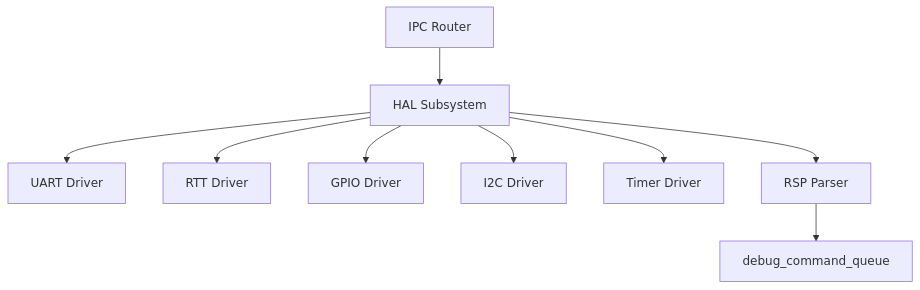
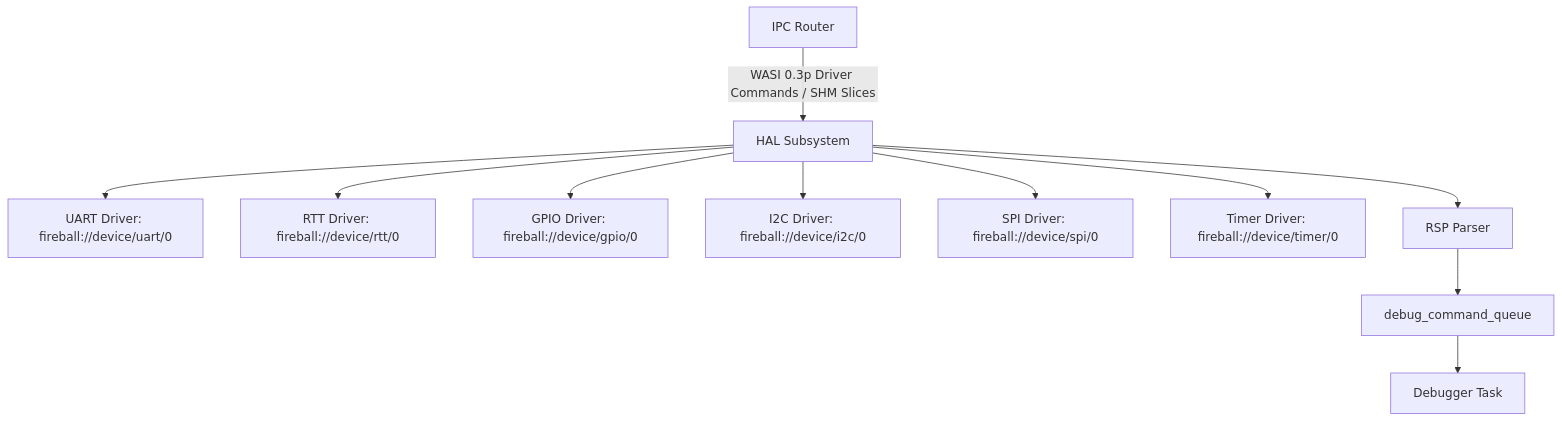
Before and after one commit to kmt-t/fireball: the first of 3 diagrams in docs/components/tier3_platform/platform_hal.md, drawn with Mermaid. The commit also changed other lines of this file and 80 other files, not shown here.

````diff
--- a/docs/components/tier3_platform/platform_hal.md
+++ b/docs/components/tier3_platform/platform_hal.md
@@ -23,11 +24,13 @@
 ```mermaid
 graph TD
-    IPCR[IPC Router] --> HAL[HAL Subsystem]
-    HAL --> UART[UART Driver]
-    HAL --> RTT[RTT Driver]
-    HAL --> GPIO[GPIO Driver]
-    HAL --> I2C[I2C Driver]
-    HAL --> Timer[Timer Driver]
+    IPCR[IPC Router] -->|WASI 0.3p Driver Commands / SHM Slices| HAL[HAL Subsystem]
+    HAL --> UART[UART Driver: fireball://device/uart/0]
+    HAL --> RTT[RTT Driver: fireball://device/rtt/0]
+    HAL --> GPIO[GPIO Driver: fireball://device/gpio/0]
+    HAL --> I2C[I2C Driver: fireball://device/i2c/0]
+    HAL --> SPI[SPI Driver: fireball://device/spi/0]
+    HAL --> Timer[Timer Driver: fireball://device/timer/0]
     HAL --> RSP[RSP Parser]
     RSP --> Queue[debug_command_queue]
+    Queue --> Debugger[Debugger Task]
 ```
````
